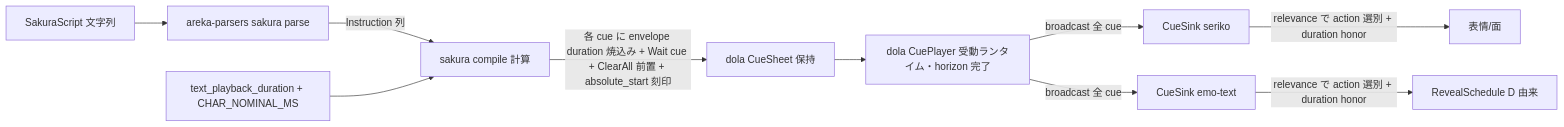
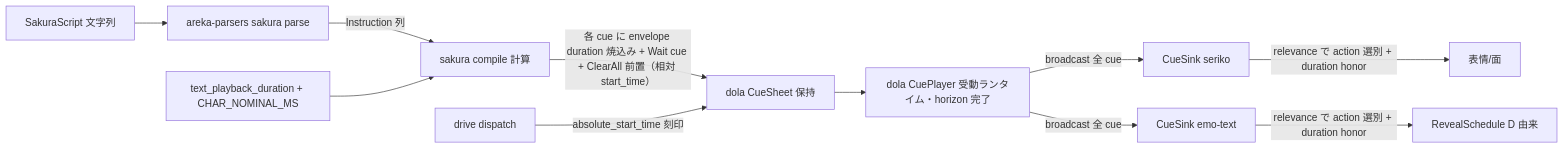
One commit to ekicyou/areka changed the first of 3 diagrams in .kiro/specs/areka-P0-cue-playback-duration/design.md. Above: the diagram before and after it, drawn with Mermaid. The commit also changed other lines of this file and 2 other files, not shown here.

First line of the commit message:
docs(areka-P0-cue-playback-duration): re-validate revised design (GO) + apply doc-consistency fixes

````diff
--- a/.kiro/specs/areka-P0-cue-playback-duration/design.md
+++ b/.kiro/specs/areka-P0-cue-playback-duration/design.md
@@ -83,12 +83,13 @@
 ```mermaid
 graph LR
     Script[SakuraScript 文字列] --> Parse[areka-parsers sakura parse]
     Parse -->|Instruction 列| Compile[sakura compile 計算]
     Nominal[text_playback_duration + CHAR_NOMINAL_MS] --> Compile
-    Compile -->|各 cue に envelope duration 焼込み + Wait cue + ClearAll 前置 + absolute_start 刻印| Sheet[dola CueSheet 保持]
+    Compile -->|各 cue に envelope duration 焼込み + Wait cue + ClearAll 前置（相対 start_time）| Sheet[dola CueSheet 保持]
+    Dispatch[drive dispatch] -->|absolute_start_time 刻印| Sheet
     Sheet --> Player[dola CuePlayer 受動ランタイム・horizon 完了]
     Player -->|broadcast 全 cue| Surf[CueSink seriko]
     Player -->|broadcast 全 cue| Text[CueSink emo-text]
     Surf -->|relevance で action 選別 + duration honor| SurfDraw[表情/面]
     Text -->|relevance で action 選別 + duration honor| Reveal[RevealSchedule D 由来]
 ```
````
